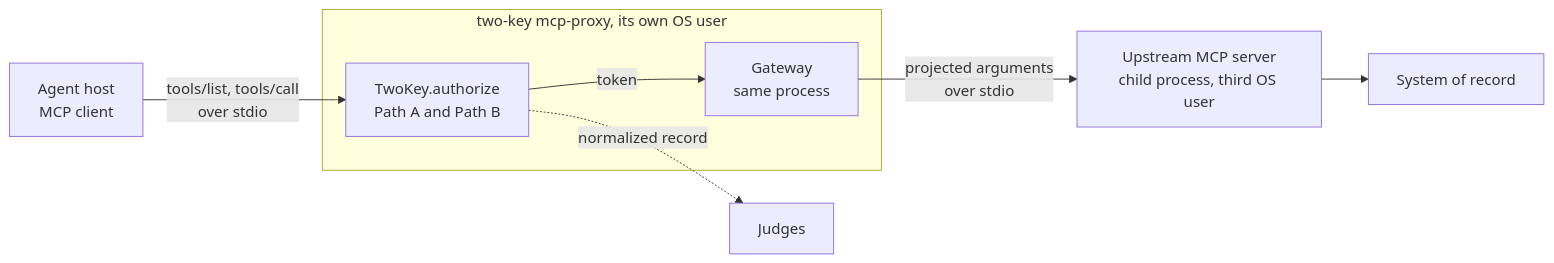
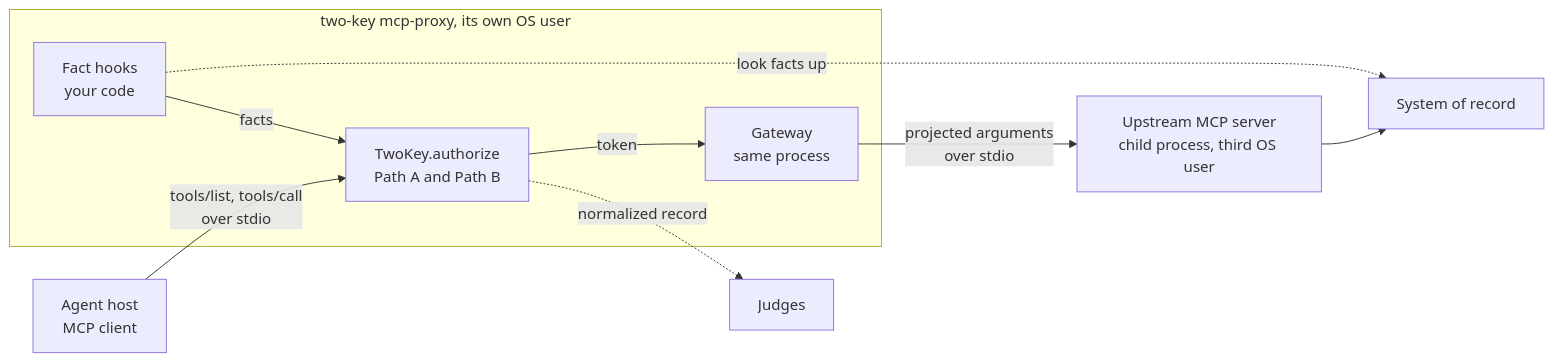
Before and after one commit to Insomniac-VibeLabs/two-key: the third of 4 diagrams in docs/HOWTO.md, drawn with Mermaid. The commit also changed other lines of this file and 11 other files, not shown here.

First line of the commit message:
Docs: roadmap order (MCP, DLP/AV, SIEM, 1.0), README intro and MCP section

````diff
--- a/docs/HOWTO.md
+++ b/docs/HOWTO.md
@@ -1256,10 +1256,12 @@
 ```mermaid
 flowchart LR
   host["Agent host<br/>MCP client"] -- "tools/list, tools/call<br/>over stdio" --> tk
   subgraph proxy["two-key mcp-proxy, its own OS user"]
     tk["TwoKey.authorize<br/>Path A and Path B"] -- "token" --> gw["Gateway<br/>same process"]
+    hooks["Fact hooks<br/>your code"] -- "facts" --> tk
   end
   tk -. "normalized record" .-> judges["Judges"]
   gw -- "projected arguments<br/>over stdio" --> up["Upstream MCP server<br/>child process, third OS user"]
   up --> sor["System of record"]
+  hooks -. "look facts up" .-> sor
 ```
````
